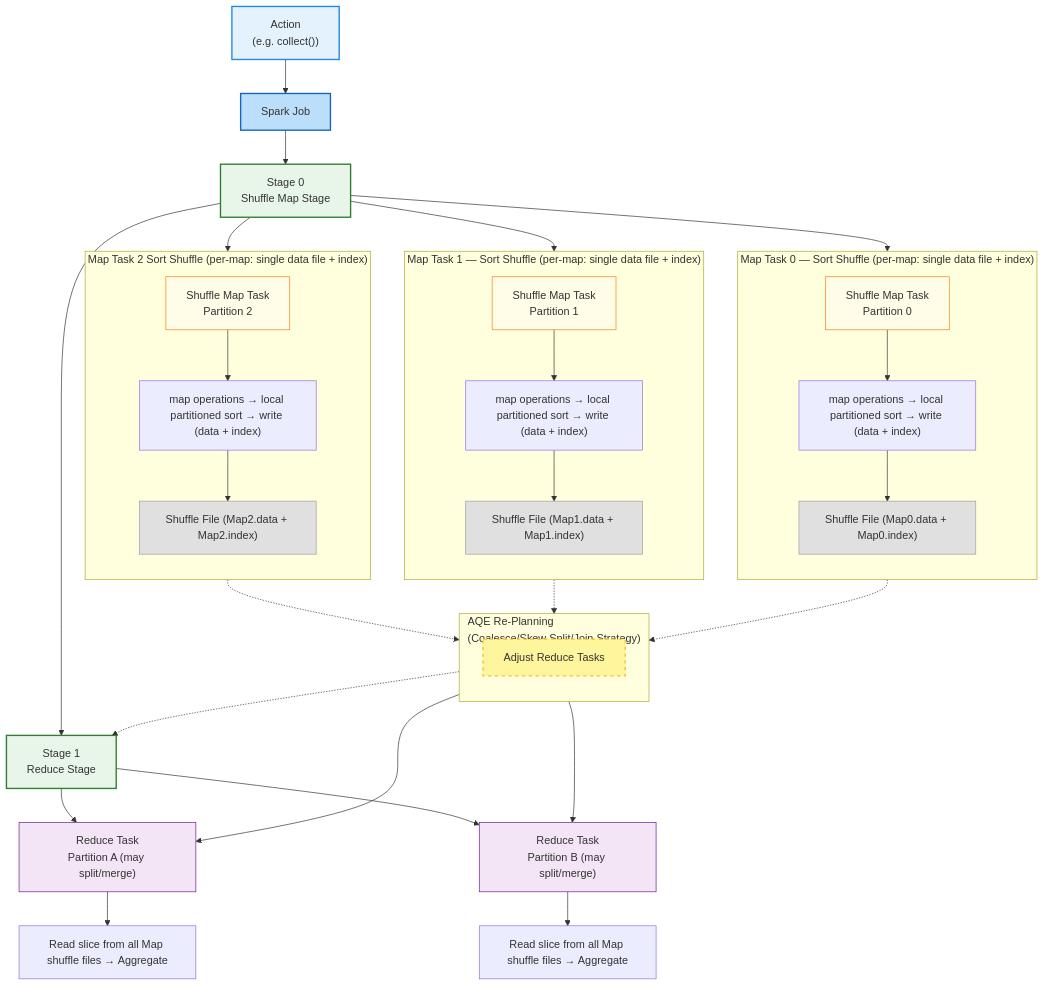
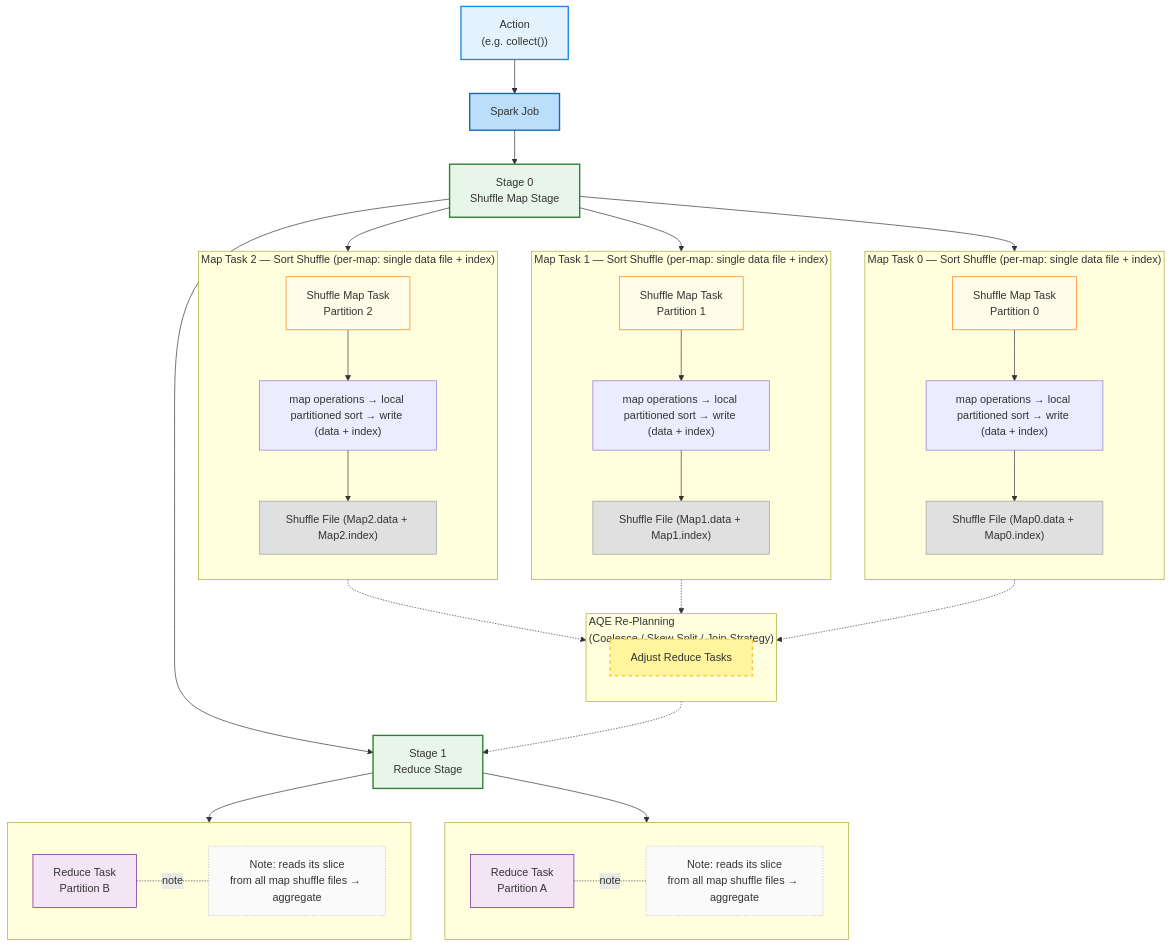
Before and after one commit to blaire101/Spark-Journey-2025: the second of 9 diagrams in README.md, drawn with Mermaid.

```diff
--- a/README.md
+++ b/README.md
@@ -120,7 +120,7 @@
     end
 
     %% ===== Map2: Sort-based Shuffle 子图 =====
-    subgraph SB2["Map Task 2 Sort Shuffle (per-map: single data file + index)"]
+    subgraph SB2["Map Task 2 — Sort Shuffle (per-map: single data file + index)"]
         direction TB
         T3["Shuffle Map Task<br>Partition 2"]
         T3 --> M3["map operations → local partitioned sort → write (data + index)"]
@@ -133,7 +133,7 @@
     Stage0 --> T3
 
     %% AQE 节点 (黄色虚线框，Stage1 reduce task 调整)
-    subgraph AQE["AQE Re-Planning<br>(Coalesce/Skew Split/Join Strategy)"]
+    subgraph AQE["AQE Re-Planning<br>(Coalesce / Skew Split / Join Strategy)"]
         direction TB
         AQE_T["Adjust Reduce Tasks"]
     end
@@ -143,15 +143,18 @@
     AQE -.-> Stage1
 
     %% Stage1 Reduce Tasks (调整后)
-    AQE --> T4["Reduce Task<br>Partition A (may split/merge)"]
-    AQE --> T5["Reduce Task<br>Partition B (may split/merge)"]
+    Stage1 --> T4["Reduce Task<br>Partition A"]
+    Stage1 --> T5["Reduce Task<br>Partition B"]
 
-    %% Reduce task pipeline (说明节点，无色)
-    T4 --> R1["Read slice from all Map shuffle files → Aggregate"]
-    T5 --> R2["Read slice from all Map shuffle files → Aggregate"]
-
-    Stage1 --> T4
-    Stage1 --> T5
+    %% 在 Reduce Task 右侧加注释（非流程节点）
+    subgraph G1[ ]
+      direction LR
+      T4 -. note .- NoteT4["Note: reads its slice<br/>from all map shuffle files → aggregate"]
+    end
+    subgraph G2[ ]
+      direction LR
+      T5 -. note .- NoteT5["Note: reads its slice<br/>from all map shuffle files → aggregate"]
+    end
 
     %% Stage颜色
     style Stage0 fill:#e8f5e9,stroke:#2e7d32,stroke-width:2px
@@ -170,6 +173,10 @@
     style SF2 fill:#e0e0e0,stroke:#9e9e9e
     style SF3 fill:#e0e0e0,stroke:#9e9e9e
 
+    %% Note颜色
+    style NoteT4 fill:#fafafa,stroke:#bdbdbd,stroke-dasharray: 2 2
+    style NoteT5 fill:#fafafa,stroke:#bdbdbd,stroke-dasharray: 2 2
+
     %% Action & Job 颜色
     style A fill:#e3f2fd,stroke:#1e88e5,stroke-width:2px
     style Job fill:#bbdefb,stroke:#1565c0,stroke-width:2px
```
